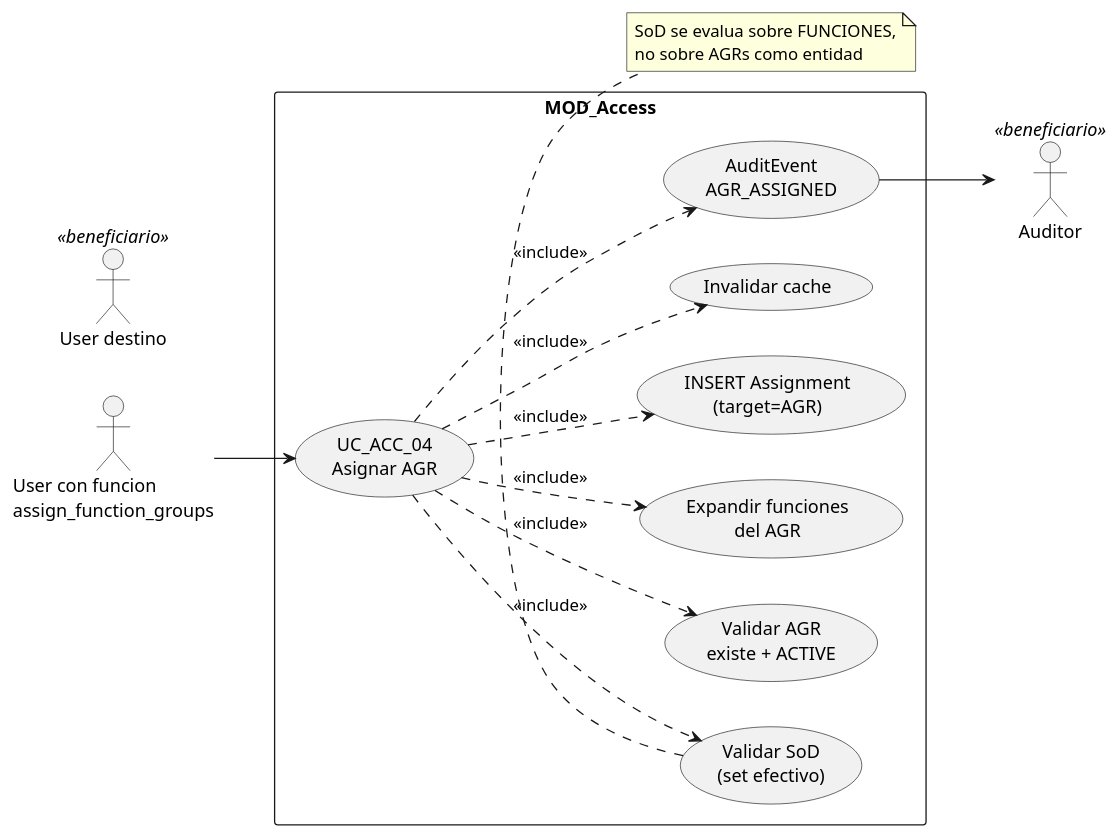
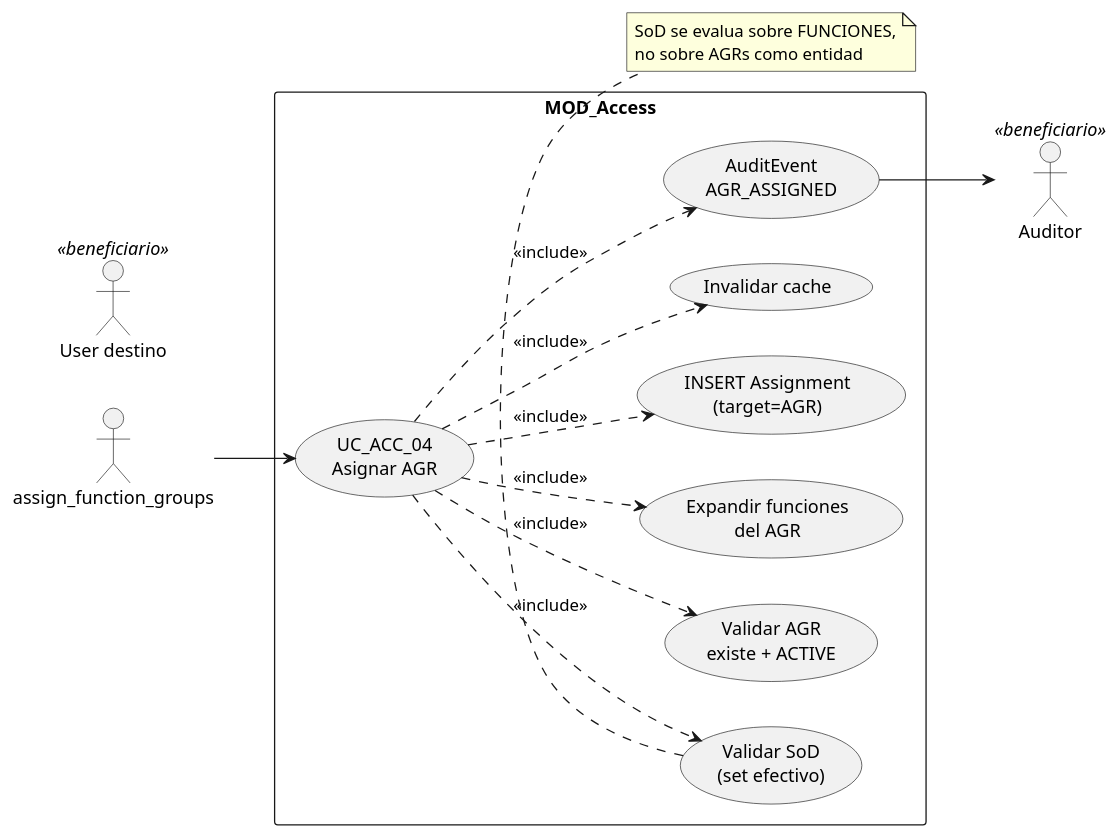
One commit to jcg-admin/IACT-docs changed the first of 4 diagrams in source/requisitos/casos-uso/access/uc-acc-04/diagramas-uml.rst. Above: the diagram before and after it, drawn with PlantUML. The commit also changed 77 other files, not shown here.

First line of the commit message:
Enforce RBAC function names as actors in all UML diagrams

```diff
--- a/source/requisitos/casos-uso/access/uc-acc-04/diagramas-uml.rst
+++ b/source/requisitos/casos-uso/access/uc-acc-04/diagramas-uml.rst
@@ -10,35 +10,35 @@
 .. uml::
  :caption: UC_ACC_04 — actores y casos asociados
 
  @startuml
  left to right direction
 
- actor "User con funcion\nassign_function_groups" as INVOKER
+ actor "assign_function_groups" as INVOKER
  actor "User destino" as TARGET <<beneficiario>>
  actor "Auditor" as AUD <<beneficiario>>
 
  rectangle "MOD_Access" {
    usecase "UC_ACC_04\nAsignar AGR" as UC04
    usecase "Validar AGR\nexiste + ACTIVE" as VAGR
    usecase "Expandir funciones\ndel AGR" as EXP
    usecase "Validar SoD\n(set efectivo)" as SOD
    usecase "INSERT Assignment\n(target=AGR)" as INS
    usecase "Invalidar cache" as CACHE
    usecase "AuditEvent\nAGR_ASSIGNED" as EMI
  }
 
  INVOKER --> UC04
  UC04 ..> VAGR : <<include>>
  UC04 ..> EXP : <<include>>
  UC04 ..> SOD : <<include>>
  UC04 ..> INS : <<include>>
  UC04 ..> CACHE : <<include>>
  UC04 ..> EMI : <<include>>
  EMI --> AUD
 
  note bottom of SOD
    SoD se evalua sobre FUNCIONES,
    no sobre AGRs como entidad
  end note
 
  @enduml
```
